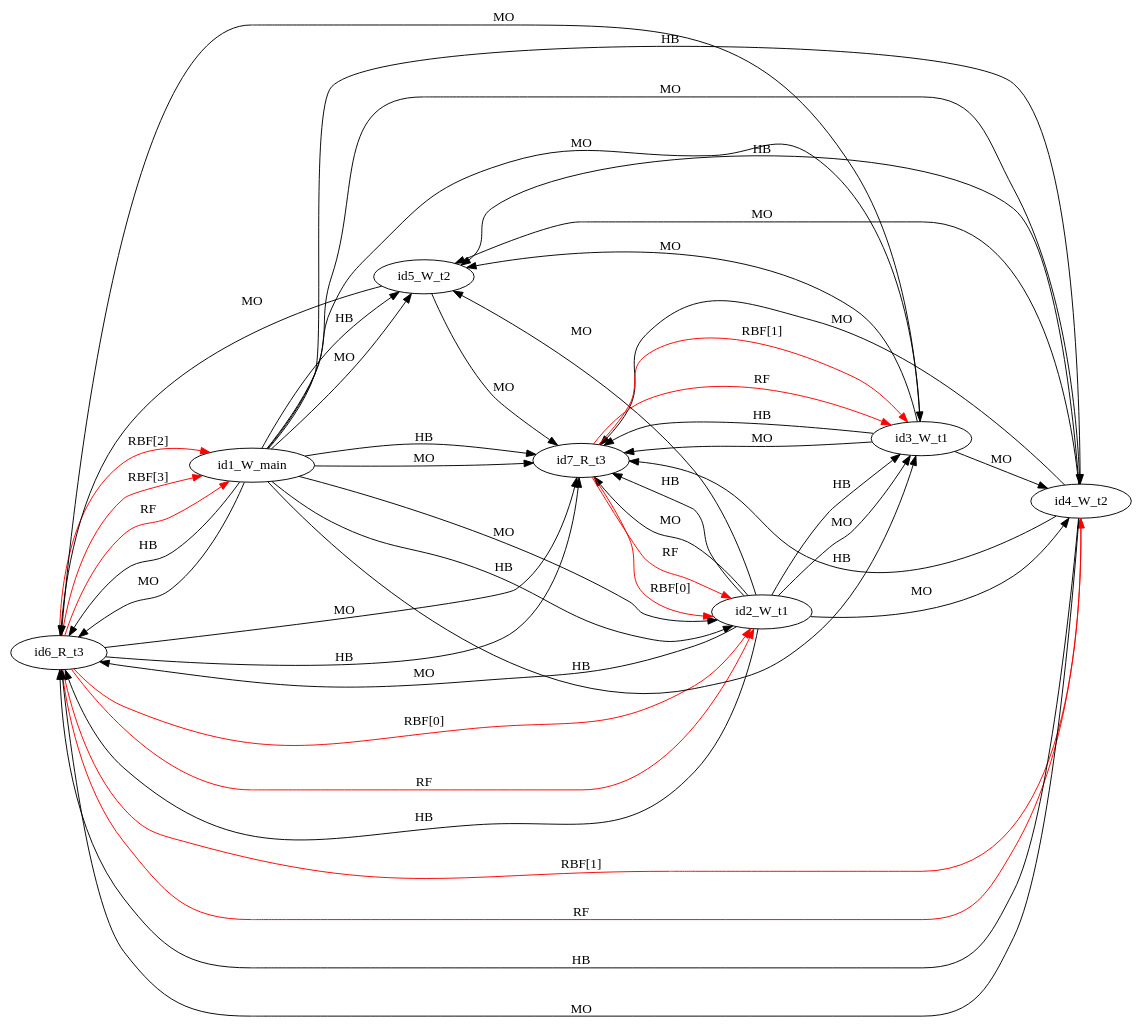
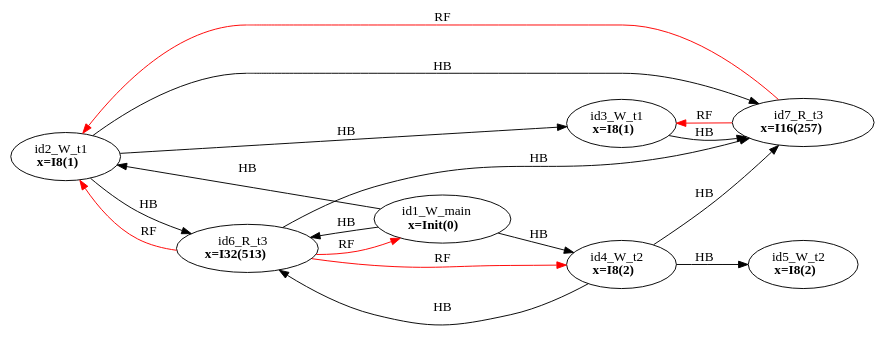
Before and after one commit to FMJS/EMME: the diagram in examples/single_var/sv_simple14/mm8.dot, drawn with Graphviz. The commit also changed 528 other files, not shown here.

```diff
--- a/examples/single_var/sv_simple14/mm8.dot
+++ b/examples/single_var/sv_simple14/mm8.dot
@@ -1,49 +1,27 @@
 digraph memory_model {
 rankdir=LR;
-id6_R_t3 -> id1_W_main [label = "RBF[2]", color="red"];
-id6_R_t3 -> id1_W_main [label = "RBF[3]", color="red"];
-id6_R_t3 -> id2_W_t1 [label = "RBF[0]", color="red"];
-id6_R_t3 -> id4_W_t2 [label = "RBF[1]", color="red"];
-id7_R_t3 -> id2_W_t1 [label = "RBF[0]", color="red"];
-id7_R_t3 -> id3_W_t1 [label = "RBF[1]", color="red"];
+splines=true; esep=0.5;
+id2_W_t1 -> id3_W_t1 [label = "HB", color="black"];
+id4_W_t2 -> id5_W_t2 [label = "HB", color="black"];
+id6_R_t3 -> id7_R_t3 [label = "HB", color="black"];
+id1_W_main -> id2_W_t1 [label = "HB", color="black"];
+id1_W_main -> id4_W_t2 [label = "HB", color="black"];
+id1_W_main -> id6_R_t3 [label = "HB", color="black"];
+id2_W_t1 -> id6_R_t3 [label = "HB", color="black"];
+id2_W_t1 -> id7_R_t3 [label = "HB", color="black"];
+id3_W_t1 -> id7_R_t3 [label = "HB", color="black"];
+id4_W_t2 -> id6_R_t3 [label = "HB", color="black"];
+id4_W_t2 -> id7_R_t3 [label = "HB", color="black"];
 id6_R_t3 -> id1_W_main [label = "RF", color="red"];
 id6_R_t3 -> id2_W_t1 [label = "RF", color="red"];
 id6_R_t3 -> id4_W_t2 [label = "RF", color="red"];
 id7_R_t3 -> id2_W_t1 [label = "RF", color="red"];
 id7_R_t3 -> id3_W_t1 [label = "RF", color="red"];
-id2_W_t1 -> id3_W_t1 [label = "HB", color="black"];
-id4_W_t2 -> id5_W_t2 [label = "HB", color="black"];
-id6_R_t3 -> id7_R_t3 [label = "HB", color="black"];
-id1_W_main -> id2_W_t1 [label = "HB", color="black"];
-id1_W_main -> id3_W_t1 [label = "HB", color="black"];
-id1_W_main -> id4_W_t2 [label = "HB", color="black"];
-id1_W_main -> id5_W_t2 [label = "HB", color="black"];
-id1_W_main -> id6_R_t3 [label = "HB", color="black"];
-id1_W_main -> id7_R_t3 [label = "HB", color="black"];
-id2_W_t1 -> id6_R_t3 [label = "HB", color="black"];
-id2_W_t1 -> id7_R_t3 [label = "HB", color="black"];
-id3_W_t1 -> id7_R_t3 [label = "HB", color="black"];
-id4_W_t2 -> id6_R_t3 [label = "HB", color="black"];
-id4_W_t2 -> id7_R_t3 [label = "HB", color="black"];
-id2_W_t1 -> id3_W_t1 [label = "MO", color="black"];
-id4_W_t2 -> id5_W_t2 [label = "MO", color="black"];
-id6_R_t3 -> id7_R_t3 [label = "MO", color="black"];
-id1_W_main -> id2_W_t1 [label = "MO", color="black"];
-id1_W_main -> id3_W_t1 [label = "MO", color="black"];
-id1_W_main -> id4_W_t2 [label = "MO", color="black"];
-id1_W_main -> id5_W_t2 [label = "MO", color="black"];
-id1_W_main -> id6_R_t3 [label = "MO", color="black"];
-id1_W_main -> id7_R_t3 [label = "MO", color="black"];
-id2_W_t1 -> id4_W_t2 [label = "MO", color="black"];
-id2_W_t1 -> id5_W_t2 [label = "MO", color="black"];
-id2_W_t1 -> id6_R_t3 [label = "MO", color="black"];
-id2_W_t1 -> id7_R_t3 [label = "MO", color="black"];
-id3_W_t1 -> id4_W_t2 [label = "MO", color="black"];
-id3_W_t1 -> id5_W_t2 [label = "MO", color="black"];
-id3_W_t1 -> id6_R_t3 [label = "MO", color="black"];
-id3_W_t1 -> id7_R_t3 [label = "MO", color="black"];
-id4_W_t2 -> id6_R_t3 [label = "MO", color="black"];
-id4_W_t2 -> id7_R_t3 [label = "MO", color="black"];
-id5_W_t2 -> id6_R_t3 [label = "MO", color="black"];
-id5_W_t2 -> id7_R_t3 [label = "MO", color="black"];
+id1_W_main [label=<id1_W_main<br/><B>x=Init(0)</B>>, pos="5.0,4!"]
+id2_W_t1 [label=<id2_W_t1<br/><B>x=I8(1)</B>>, pos="0,2!"]
+id3_W_t1 [label=<id3_W_t1<br/><B>x=I8(1)</B>>, pos="0,0!"]
+id4_W_t2 [label=<id4_W_t2<br/><B>x=I8(2)</B>>, pos="5,2!"]
+id5_W_t2 [label=<id5_W_t2<br/><B>x=I8(2)</B>>, pos="5,0!"]
+id6_R_t3 [label=<id6_R_t3<br/><B>x=I32(513)</B>>, pos="10,2!"]
+id7_R_t3 [label=<id7_R_t3<br/><B>x=I16(257)</B>>, pos="10,0!"]
 }
```
